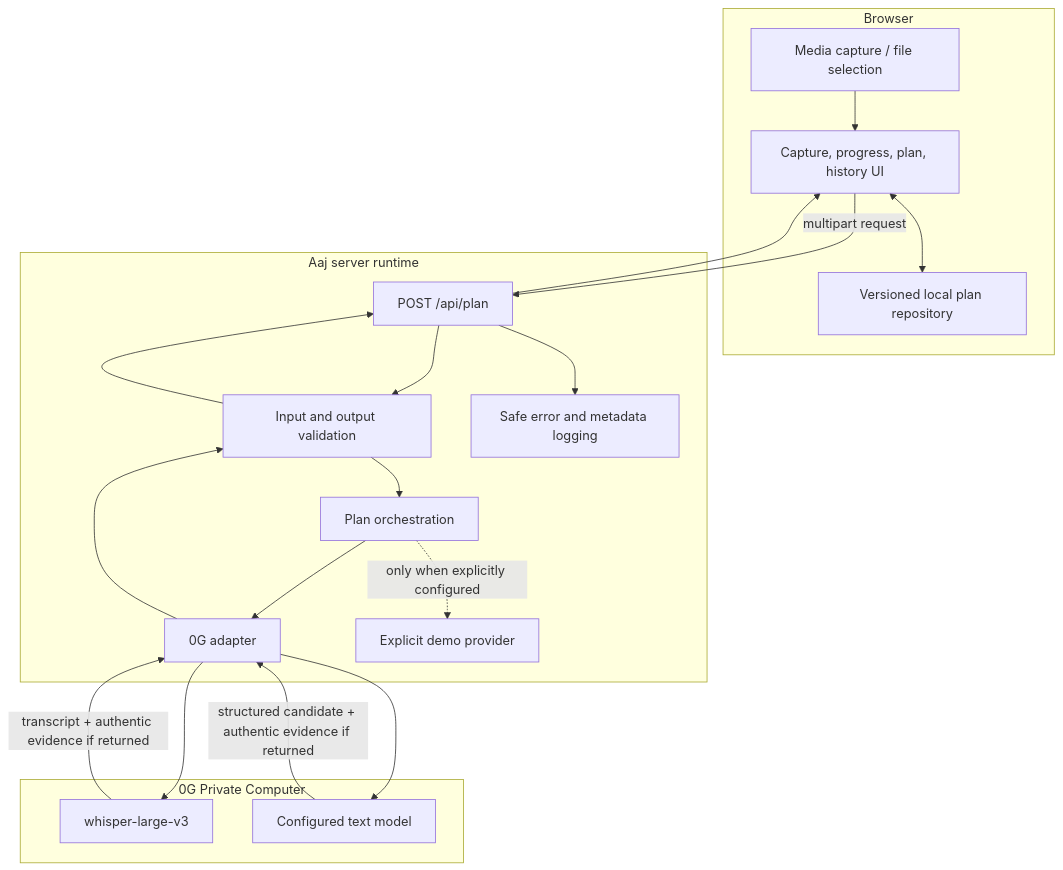
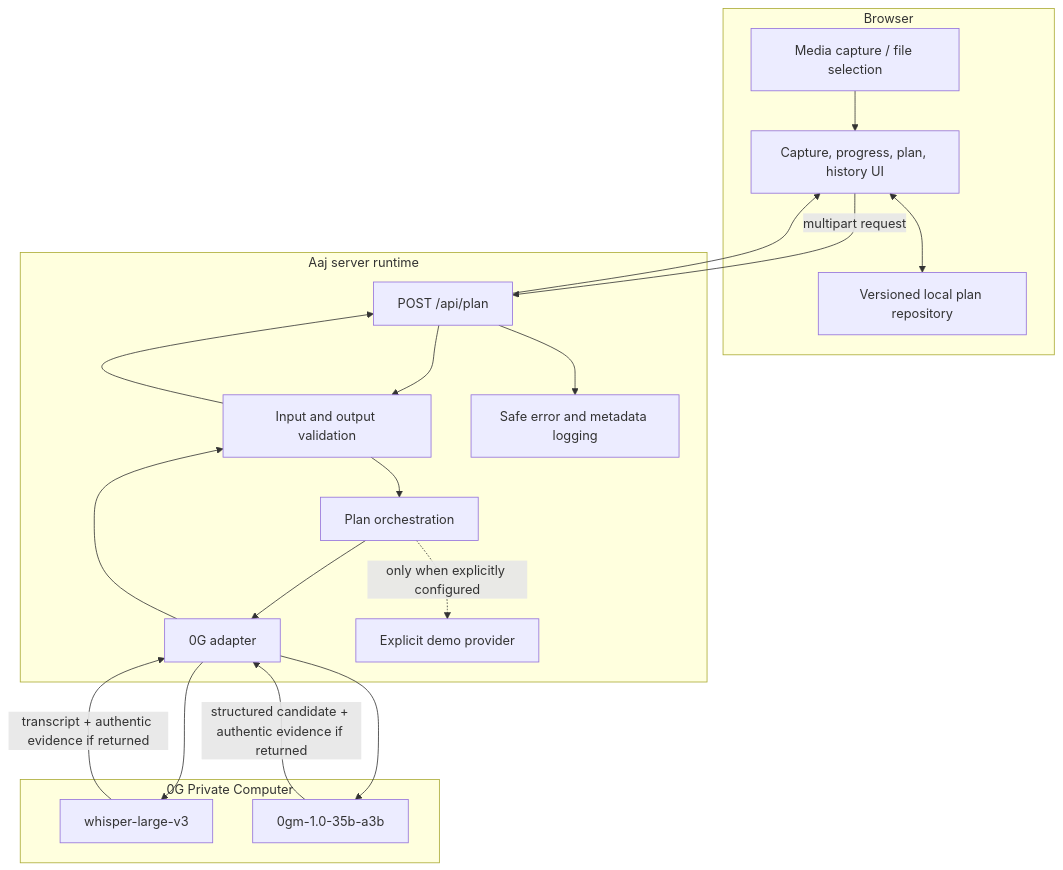
Before and after one commit to mgarciate/aaj-private-daily-planner: the second of 2 diagrams in docs/hld.md, drawn with Mermaid. The commit also changed other lines of this file and 14 other files, not shown here.

````diff
--- a/docs/hld.md
+++ b/docs/hld.md
@@ -32,35 +32,35 @@
 ```mermaid
 flowchart TB
     subgraph Browser
       UI[Capture, progress, plan, history UI]
       REC[Media capture / file selection]
       STORE[Versioned local plan repository]
     end
 
     subgraph AajServer[Aaj server runtime]
       ROUTE[POST /api/plan]
       VALIDATE[Input and output validation]
       ORCH[Plan orchestration]
       ADAPTER[0G adapter]
       REDACT[Safe error and metadata logging]
       DEMO[Explicit demo provider]
     end
 
     subgraph ZeroG[0G Private Computer]
       STT[whisper-large-v3]
-      TEXT[Configured text model]
+      TEXT[0gm-1.0-35b-a3b]
     end
 
     REC --> UI
     UI -->|multipart request| ROUTE
     ROUTE --> VALIDATE --> ORCH
     ORCH --> ADAPTER
     ADAPTER --> STT
     STT -->|transcript + authentic evidence if returned| ADAPTER
     ADAPTER --> TEXT
     TEXT -->|structured candidate + authentic evidence if returned| ADAPTER
     ADAPTER --> VALIDATE --> ROUTE --> UI
     ORCH -. only when explicitly configured .-> DEMO
     UI <--> STORE
     ROUTE --> REDACT
 ```
````
